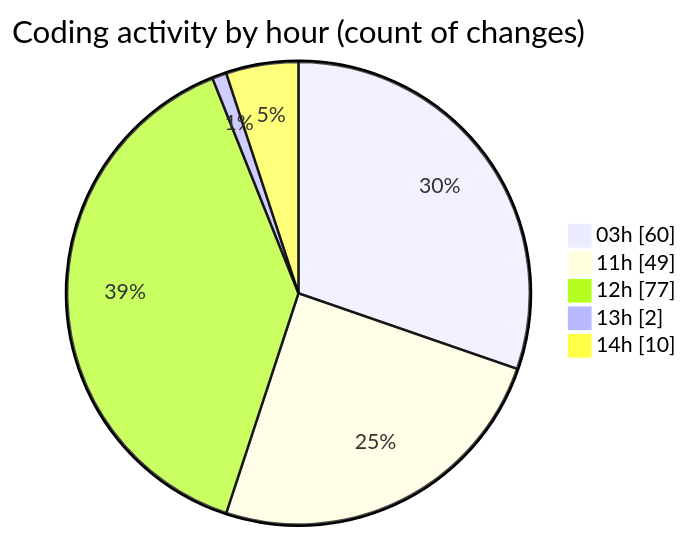
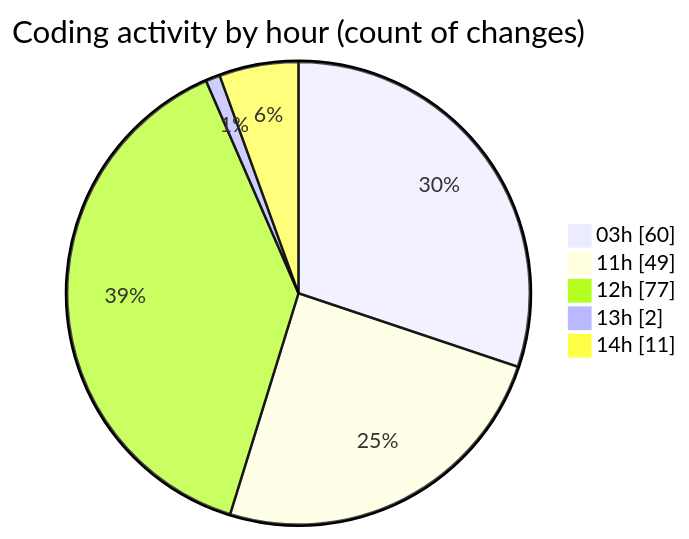
One commit to Ritupan-Deka/code-tracking changed the second of 2 diagrams in 2025-07-02/mern-thinkboard/README.md. Above: the diagram before and after it, drawn with Mermaid. The commit also changed other lines of this file and 1 other file, not shown here.

````diff
--- a/2025-07-02/mern-thinkboard/README.md
+++ b/2025-07-02/mern-thinkboard/README.md
@@ -38,9 +38,9 @@
 ```mermaid
 pie showData
 title Coding activity by hour (count of changes)
 "03h" : 60
 "11h" : 49
 "12h" : 77
 "13h" : 2
-"14h" : 10
+"14h" : 11
 ```
````
